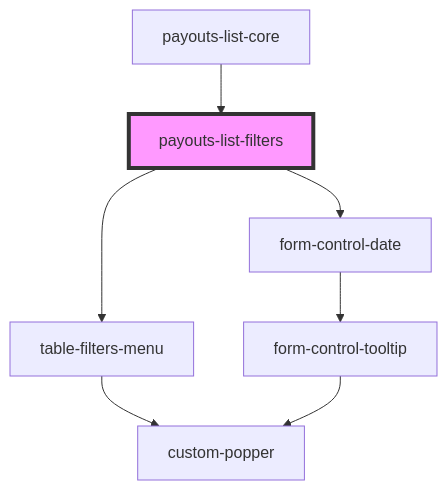
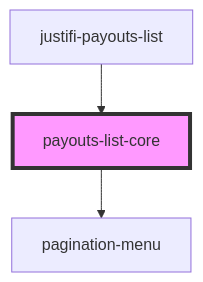
The diagram in packages/webcomponents/src/components/payouts-list/readme.md (justifi-tech/web-component-library), drawn with Mermaid before and after one commit. The commit also changed other lines of this file and 4 other files, not shown here.

````diff
--- a/packages/webcomponents/src/components/payouts-list/readme.md
+++ b/packages/webcomponents/src/components/payouts-list/readme.md
@@ -29,10 +49,6 @@
 ```mermaid
 graph TD;
-  payouts-list-filters --> table-filters-menu
-  payouts-list-filters --> form-control-date
-  table-filters-menu --> custom-popper
-  form-control-date --> form-control-tooltip
-  form-control-tooltip --> custom-popper
-  payouts-list-core --> payouts-list-filters
-  style payouts-list-filters fill:#f9f,stroke:#333,stroke-width:4px
+  payouts-list-core --> pagination-menu
+  justifi-payouts-list --> payouts-list-core
+  style payouts-list-core fill:#f9f,stroke:#333,stroke-width:4px
 ```
````
